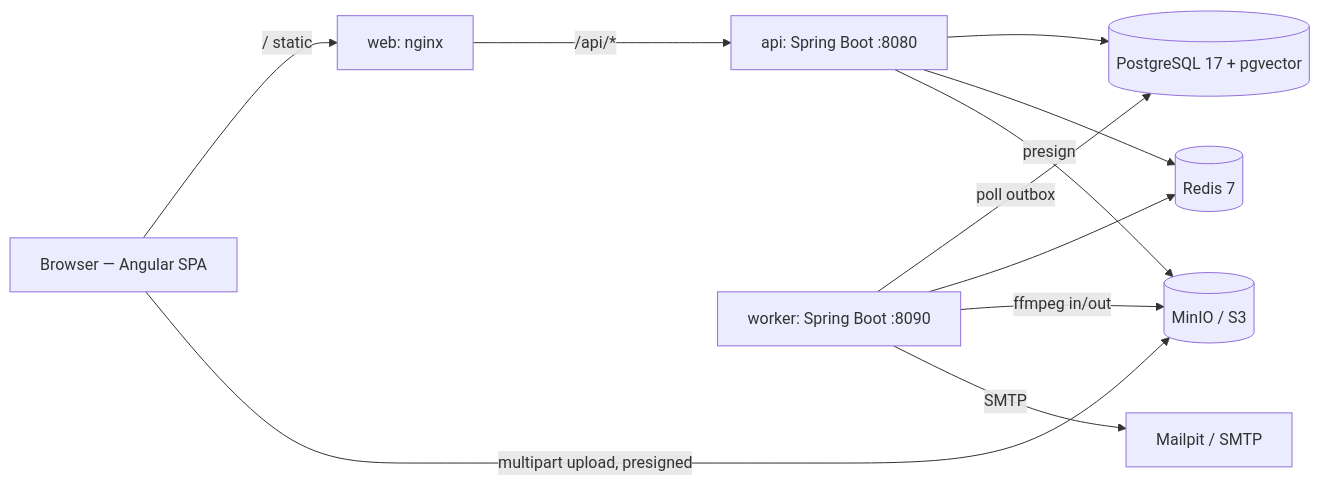
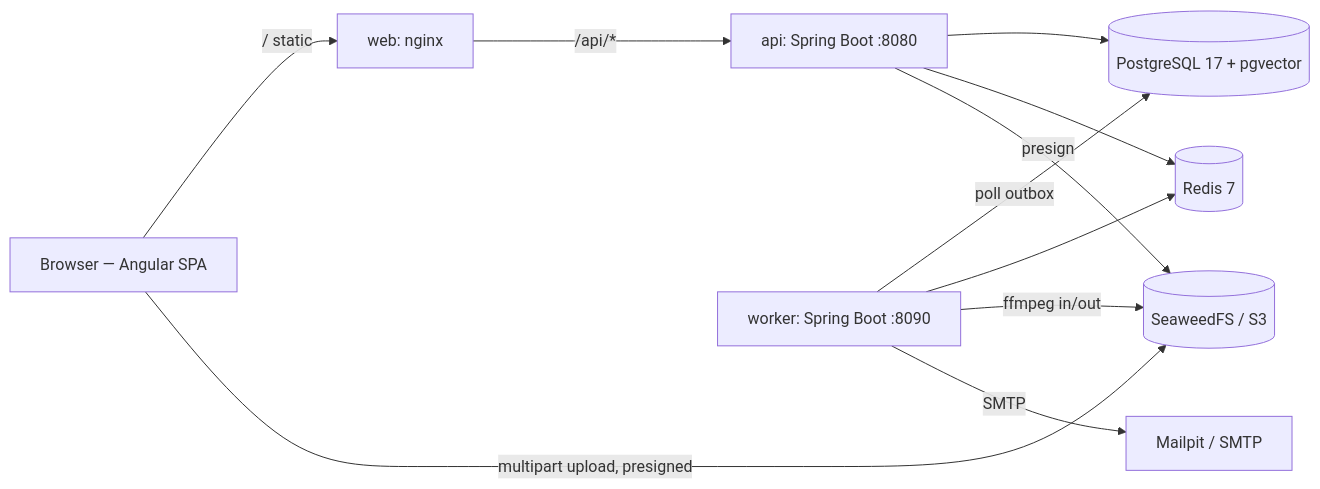
The second of 3 diagrams in docs/hld/01-architecture.md (b-nimai/Masternova-Spring), drawn with Mermaid before and after one commit. The commit also changed other lines of this file and 14 other files, not shown here.

First line of the commit message:
docs(media): 7.1 media + video-pipeline LLDs, ADRs 0012-0014, SeaweedFS replaces MinIO

````diff
--- a/docs/hld/01-architecture.md
+++ b/docs/hld/01-architecture.md
@@ -22,13 +22,13 @@
 ```mermaid
 flowchart LR
   browser[Browser — Angular SPA] -->|/ static| web[web: nginx]
   web -->|/api/*| api[api: Spring Boot :8080]
   api --> pg[(PostgreSQL 17 + pgvector)]
   api --> redis[(Redis 7)]
-  api -->|presign| s3[(MinIO / S3)]
+  api -->|presign| s3[(SeaweedFS / S3)]
   browser -->|multipart upload, presigned| s3
   worker[worker: Spring Boot :8090] -->|poll outbox| pg
   worker --> redis
   worker -->|ffmpeg in/out| s3
   worker -->|SMTP| mail[Mailpit / SMTP]
 ```
````
